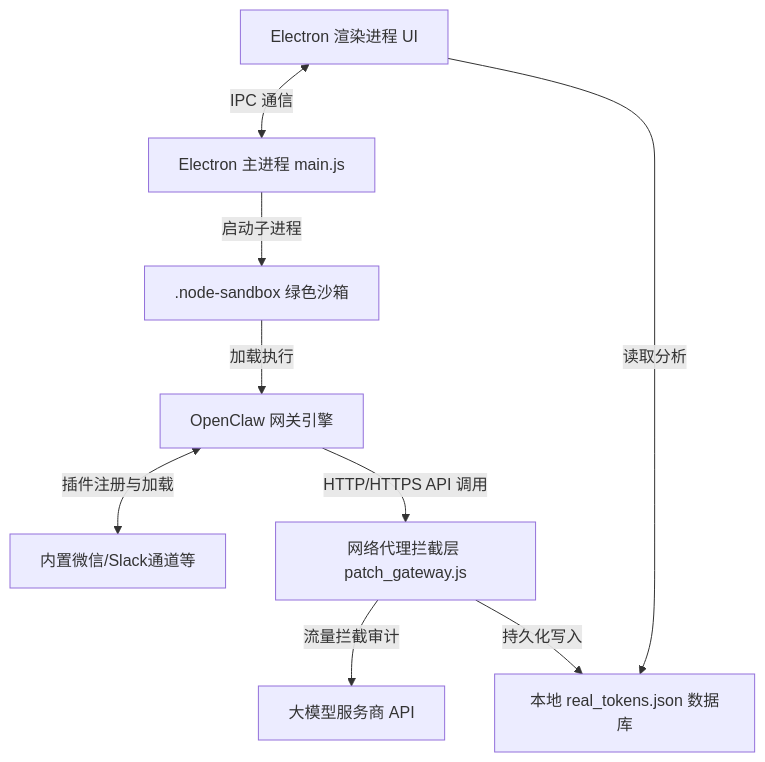
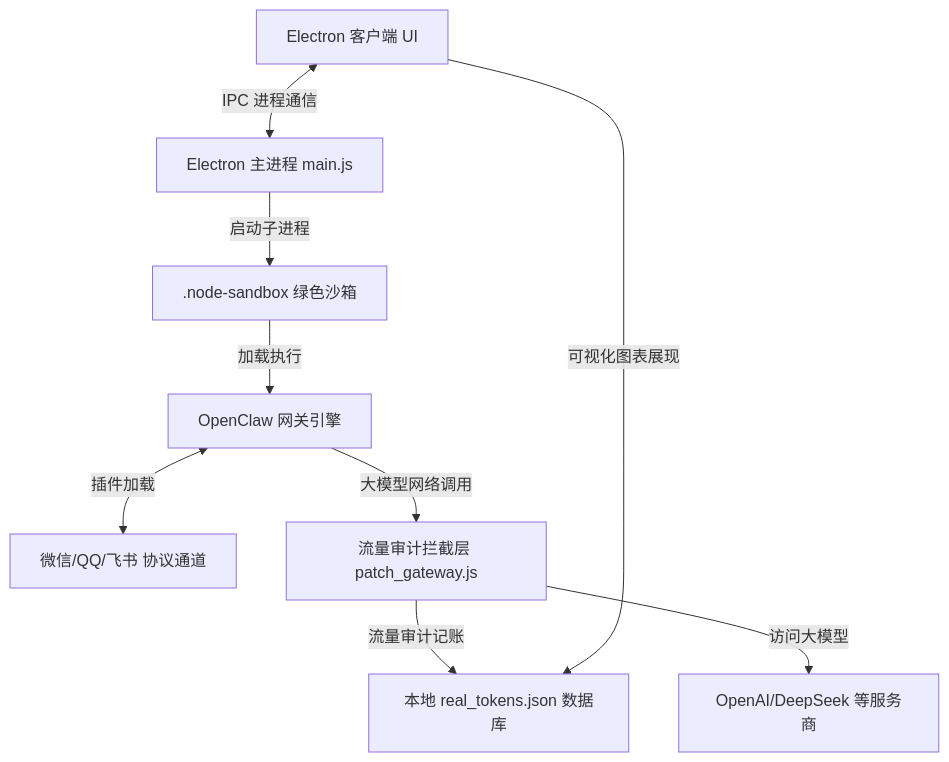
One commit to 2014-y/ClawAI changed the diagram in README.md. Above: the diagram before and after it, drawn with Mermaid. The commit also changed other lines of this file, not shown here.

````diff
--- a/README.md
+++ b/README.md
@@ -64,11 +74,11 @@
 ```mermaid
 graph TD
-    A[Electron 渲染进程 UI] <-->|IPC 通信| B[Electron 主进程 main.js]
+    A[Electron 客户端 UI] <-->|IPC 进程通信| B[Electron 主进程 main.js]
     B -->|启动子进程| C[.node-sandbox 绿色沙箱]
     C -->|加载执行| D[OpenClaw 网关引擎]
-    D <-->|插件注册与加载| E[内置微信/Slack通道等]
-    D -->|HTTP/HTTPS API 调用| F[网络代理拦截层 patch_gateway.js]
-    F -->|流量拦截审计| G[大模型服务商 API]
-    F -->|持久化写入| H[本地 real_tokens.json 数据库]
-    A -->|读取分析| H
+    D <-->|插件加载| E[微信/QQ/飞书 协议通道]
+    D -->|大模型网络调用| F[流量审计拦截层 patch_gateway.js]
+    F -->|流量审计记账| G[本地 real_tokens.json 数据库]
+    F -->|访问大模型| H[OpenAI/DeepSeek 等服务商]
+    A -->|可视化图表展现| G
 ```
````
